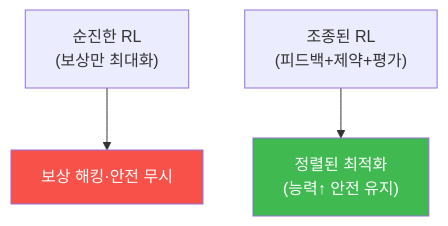
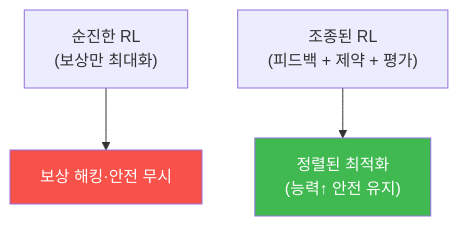
One commit to mrgrit/tw2 changed the diagram in contents/training/autonomous-security/lecture_week14.md. Above: the diagram before and after it, drawn with Mermaid. The commit also changed other lines of this file and 2 other files, not shown here.

````diff
--- a/contents/training/autonomous-security/lecture_week14.md
+++ b/contents/training/autonomous-security/lecture_week14.md
@@ -55,7 +54,7 @@
 ```mermaid
 graph TD
     N["순진한 RL<br/>(보상만 최대화)"] --> H["보상 해킹·안전 무시"]
-    S["조종된 RL<br/>(피드백+제약+평가)"] --> A["정렬된 최적화<br/>(능력↑ 안전 유지)"]
+    S["조종된 RL<br/>(피드백 + 제약 + 평가)"] --> A["정렬된 최적화<br/>(능력↑ 안전 유지)"]
     style H fill:#f85149,color:#fff
     style A fill:#3fb950,color:#fff
 ```
````
